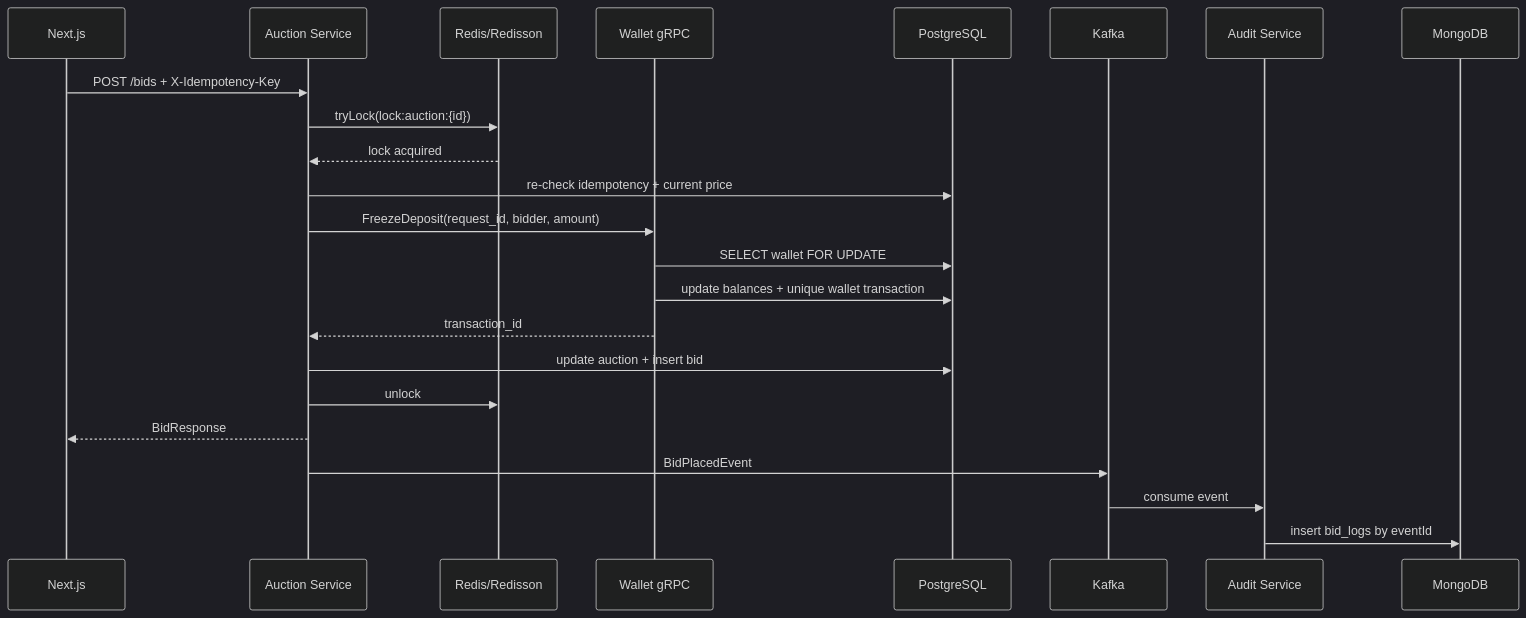
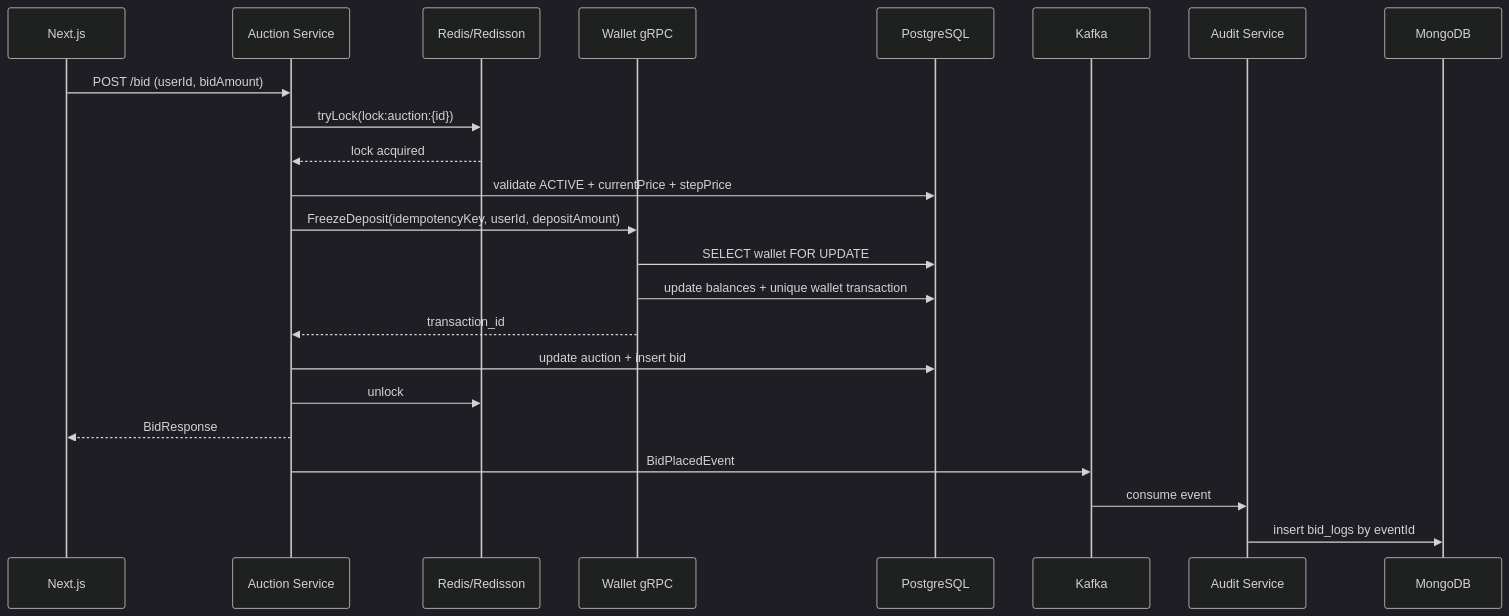
One commit to okuminhphen/omnibid changed the second of 2 diagrams in README.md. Above: the diagram before and after it, drawn with Mermaid (dark theme). The commit also changed other lines of this file and 36 other files, not shown here.

````diff
--- a/README.md
+++ b/README.md
@@ -37,26 +37,26 @@
 ```mermaid
 sequenceDiagram
     participant UI as Next.js
     participant A as Auction Service
     participant R as Redis/Redisson
     participant W as Wallet gRPC
     participant DB as PostgreSQL
     participant K as Kafka
     participant AU as Audit Service
     participant M as MongoDB
 
-    UI->>A: POST /bids + X-Idempotency-Key
+    UI->>A: POST /bid (userId, bidAmount)
     A->>R: tryLock(lock:auction:{id})
     R-->>A: lock acquired
-    A->>DB: re-check idempotency + current price
-    A->>W: FreezeDeposit(request_id, bidder, amount)
+    A->>DB: validate ACTIVE + currentPrice + stepPrice
+    A->>W: FreezeDeposit(idempotencyKey, userId, depositAmount)
     W->>DB: SELECT wallet FOR UPDATE
     W->>DB: update balances + unique wallet transaction
     W-->>A: transaction_id
     A->>DB: update auction + insert bid
     A->>R: unlock
     A-->>UI: BidResponse
     A->>K: BidPlacedEvent
     K->>AU: consume event
     AU->>M: insert bid_logs by eventId
 ```
````
